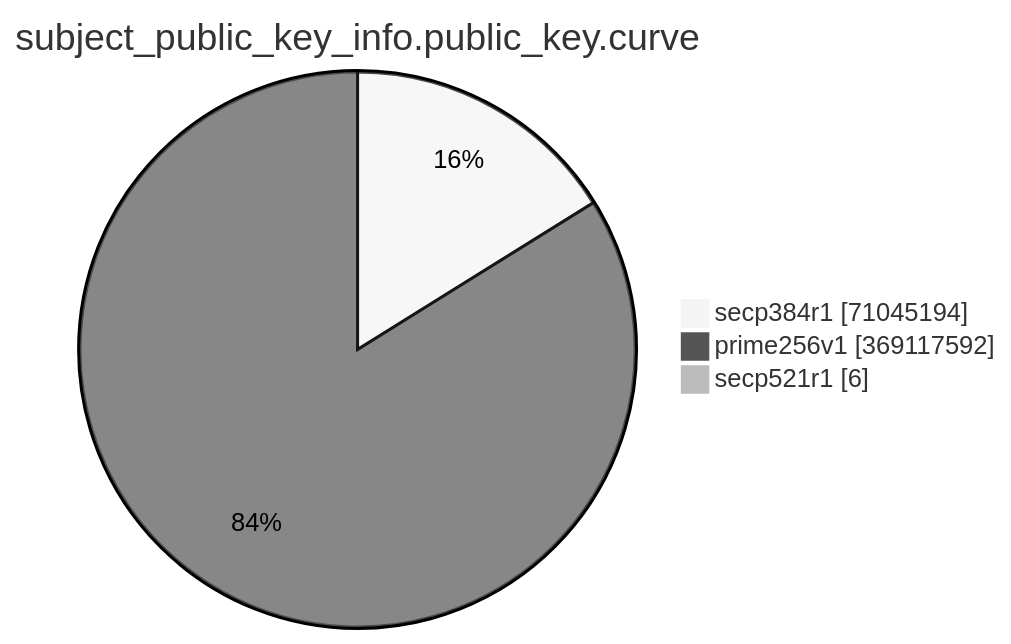
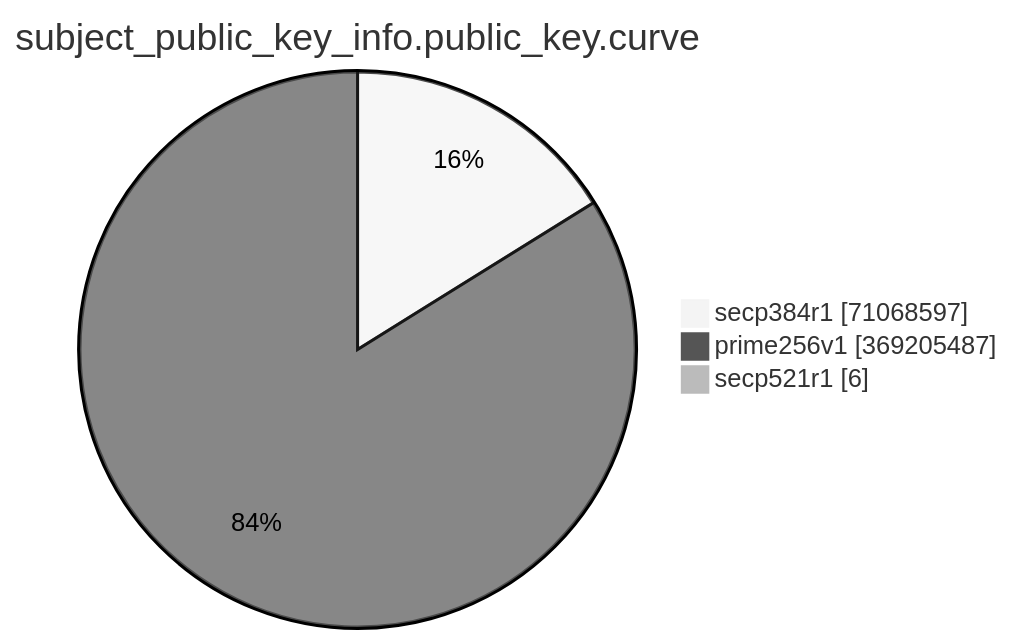
One commit to christiankrug/ctmonitor_visualization changed the eighth of 15 diagrams in TOTAL/README.md. Above: the diagram before and after it, drawn with Mermaid (neutral theme). The commit also changed other lines of this file, not shown here.

````diff
--- a/TOTAL/README.md
+++ b/TOTAL/README.md
@@ -3094,7 +3094,7 @@
 ```mermaid
 pie showData
 title subject_public_key_info.public_key.curve
-"secp384r1" :71045194
-"prime256v1" :369117592
+"secp384r1" :71068597
+"prime256v1" :369205487
 "secp521r1" :6
 ```
````
